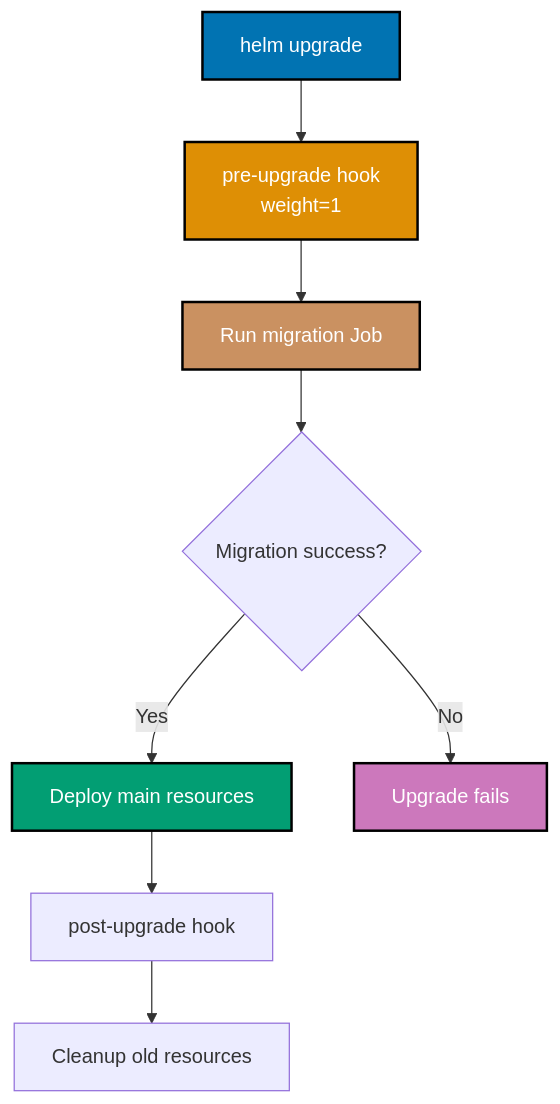
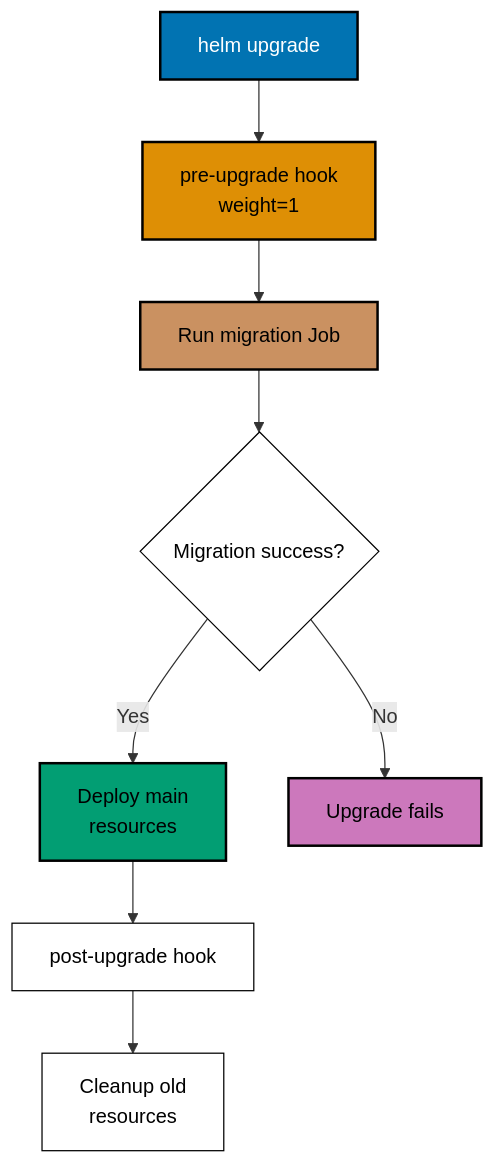
Before and after one commit to wahidyankf/ose-public: the tenth of 14 diagrams in apps/ayokoding-www/content/en/learn/legacy/software-engineering/infrastructure/tools/kubernetes/by-example/advanced.md, drawn with Mermaid. The commit also changed other lines of this file and 131 other files, not shown here.

First line of the commit message:
fix(mermaid): bring the legacy data, infrastructure, and testing diagrams onto the accessible palette

````diff
--- a/apps/ayokoding-www/content/en/learn/legacy/software-engineering/infrastructure/tools/kubernetes/by-example/advanced.md
+++ b/apps/ayokoding-www/content/en/learn/legacy/software-engineering/infrastructure/tools/kubernetes/by-example/advanced.md
@@ -2781,18 +2843,26 @@
 ```mermaid
 %% Color Palette: Blue #0173B2, Orange #DE8F05, Teal #029E73, Purple #CC78BC, Brown #CA9161
 %% Helm hook execution
 graph TD
+ accTitle: Example 77: Helm Hooks
+ accDescr: Graph with 8 nodes and 7 connections. Nodes: helm upgrade, pre-upgrade hook weight=1, Run migration Job, Migration success?, Deploy main resources, Upgrade fails, post-upgrade hook, Cleanup old resources. Connections: helm upgrade to pre-upgrade hook weight=1, pre-upgrade hook weight=1 to Run migration Job, Run migration Job to Migration success?, Migration success? to Deploy main resources (Yes), Migration success? to Upgrade fails (No), Deploy main resources to post-upgrade hook, post-upgrade hook to Cleanup old resources.
  A[helm upgrade] --> B[pre-upgrade hook<br/>weight=1]
  B --> C[Run migration Job]
  C --> D{Migration success?}
- D -->|Yes| E[Deploy main resources]
+ D -->|Yes| E[Deploy main<br/>resources]
  D -->|No| F[Upgrade fails]
  E --> G[post-upgrade hook]
- G --> H[Cleanup old resources]
+ G --> H[Cleanup old<br/>resources]
 
- style A fill:#0173B2,stroke:#000000,stroke-width:2px,color:#fff
- style B fill:#DE8F05,stroke:#000000,stroke-width:2px,color:#fff
- style C fill:#CA9161,stroke:#000000,stroke-width:2px,color:#fff
- style E fill:#029E73,stroke:#000000,stroke-width:2px,color:#fff
- style F fill:#CC78BC,stroke:#000000,stroke-width:2px,color:#fff
+ classDef pal-0173B2 fill:#0173B2,stroke:#000000,color:#FFFFFF,stroke-width:2px
+ class A pal-0173B2
+ classDef pal-DE8F05 fill:#DE8F05,stroke:#000000,color:#000000,stroke-width:2px
+ class B pal-DE8F05
+ classDef pal-CA9161 fill:#CA9161,stroke:#000000,color:#000000,stroke-width:2px
+ class C pal-CA9161
+ classDef pal-029E73 fill:#029E73,stroke:#000000,color:#000000,stroke-width:2px
+ class E pal-029E73
+ classDef pal-CC78BC fill:#CC78BC,stroke:#000000,color:#000000,stroke-width:2px
+ class F pal-CC78BC
+ classDef default fill:#FFFFFF,stroke:#000000,color:#000000
 ```
````
